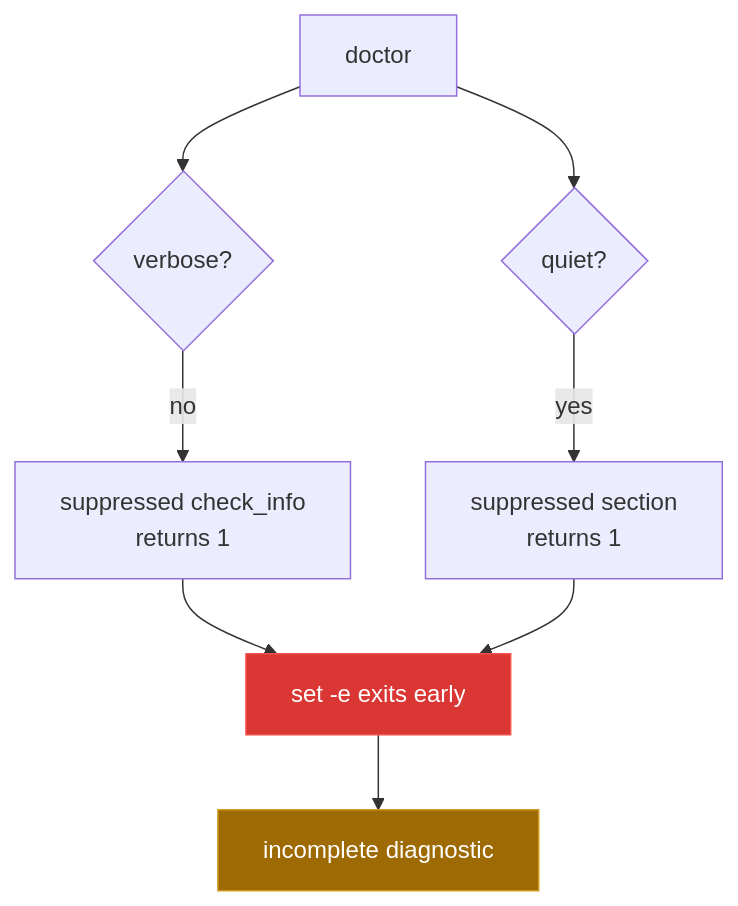
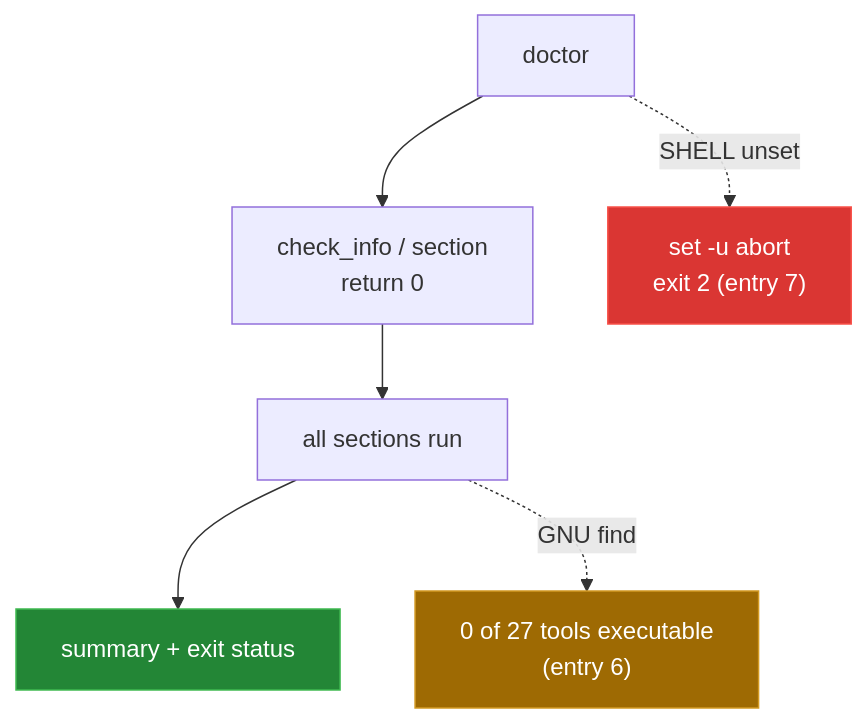
One commit to Bissbert/topdesk-cli changed the diagram in docs/BUGS-FOUND.md. Above: the diagram before and after it, drawn with Mermaid. The commit also changed other lines of this file and 10 other files, not shown here.

First line of the commit message:
docs: reconcile bug status and re-run checks on Linux

````diff
--- a/docs/BUGS-FOUND.md
+++ b/docs/BUGS-FOUND.md
@@ -9,13 +24,12 @@
 ```mermaid
 flowchart TD
-    D["doctor"] --> V{"verbose?"}
-    V -->|no| I["suppressed check_info<br/>returns 1"]
-    D --> Q{"quiet?"}
-    Q -->|yes| S["suppressed section<br/>returns 1"]
-    I --> E["set -e exits early"]
-    S --> E
-    E --> R["incomplete diagnostic"]
+    D["doctor"] --> I["check_info / section<br/>return 0"]
+    I --> C["all sections run"]
+    C --> S["summary + exit status"]
+    D -. "SHELL unset" .-> X["set -u abort<br/>exit 2 (entry 7)"]
+    C -. "GNU find" .-> P["0 of 27 tools executable<br/>(entry 6)"]
 
-    style E fill:#da3633,stroke:#f85149,color:#fff
-    style R fill:#9e6a03,stroke:#d29922,color:#fff
+    style S fill:#238636,stroke:#3fb950,color:#fff
+    style X fill:#da3633,stroke:#f85149,color:#fff
+    style P fill:#9e6a03,stroke:#d29922,color:#fff
 ```
````
